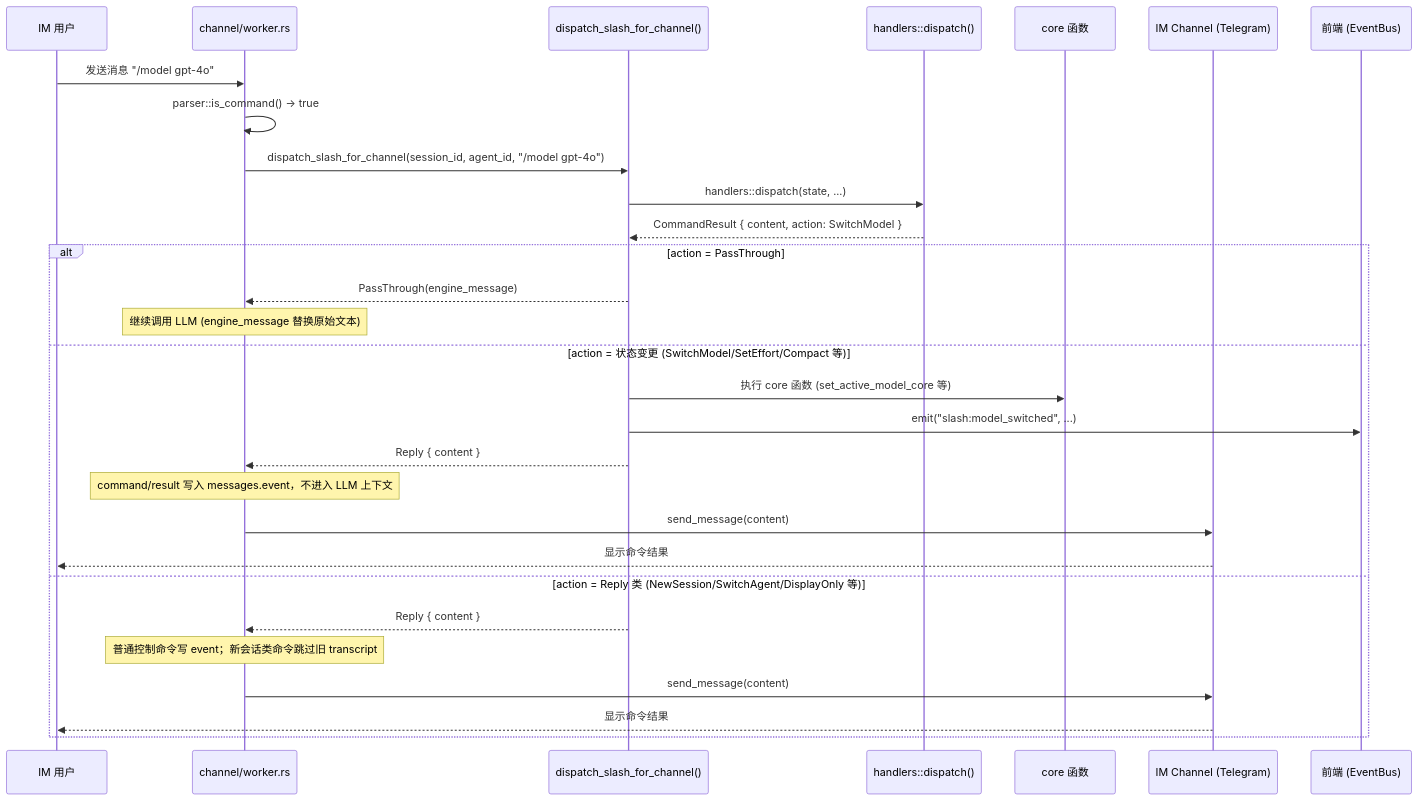
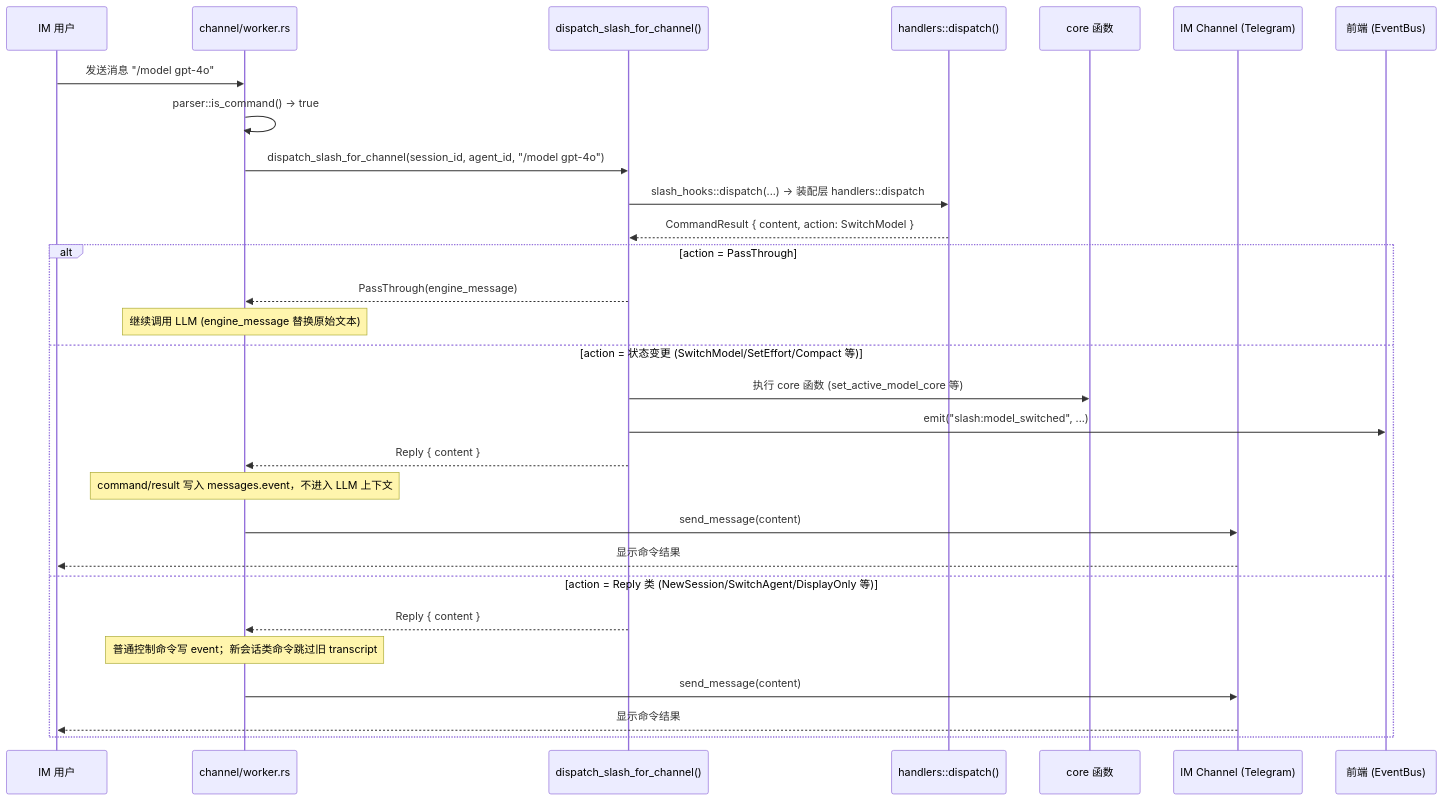
One commit to shiwenwen/hope-agent changed the second of 3 diagrams in docs/architecture/slash-commands.md. Above: the diagram before and after it, drawn with Mermaid. The commit also changed other lines of this file and 35 other files, not shown here.

````diff
--- a/docs/architecture/slash-commands.md
+++ b/docs/architecture/slash-commands.md
@@ -66,32 +87,32 @@
 ```mermaid
 sequenceDiagram
     participant U as IM 用户
     participant W as channel/worker.rs
     participant SC as dispatch_slash_for_channel()
     participant D as handlers::dispatch()
     participant Core as core 函数
     participant CH as IM Channel (Telegram)
     participant FE as 前端 (EventBus)
 
     U->>W: 发送消息 "/model gpt-4o"
     W->>W: parser::is_command() → true
     W->>SC: dispatch_slash_for_channel(session_id, agent_id, "/model gpt-4o")
-    SC->>D: handlers::dispatch(state, ...)
+    SC->>D: slash_hooks::dispatch(...) → 装配层 handlers::dispatch
     D-->>SC: CommandResult { content, action: SwitchModel }
     alt action = PassThrough
         SC-->>W: PassThrough(engine_message)
         Note over W: 继续调用 LLM (engine_message 替换原始文本)
     else action = 状态变更 (SwitchModel/SetEffort/Compact 等)
         SC->>Core: 执行 core 函数 (set_active_model_core 等)
         SC->>FE: emit("slash:model_switched", ...)
         SC-->>W: Reply { content }
         Note over W: command/result 写入 messages.event，不进入 LLM 上下文
         W->>CH: send_message(content)
         CH-->>U: 显示命令结果
     else action = Reply 类 (NewSession/SwitchAgent/DisplayOnly 等)
         SC-->>W: Reply { content }
         Note over W: 普通控制命令写 event；新会话类命令跳过旧 transcript
         W->>CH: send_message(content)
         CH-->>U: 显示命令结果
     end
 ```
````
